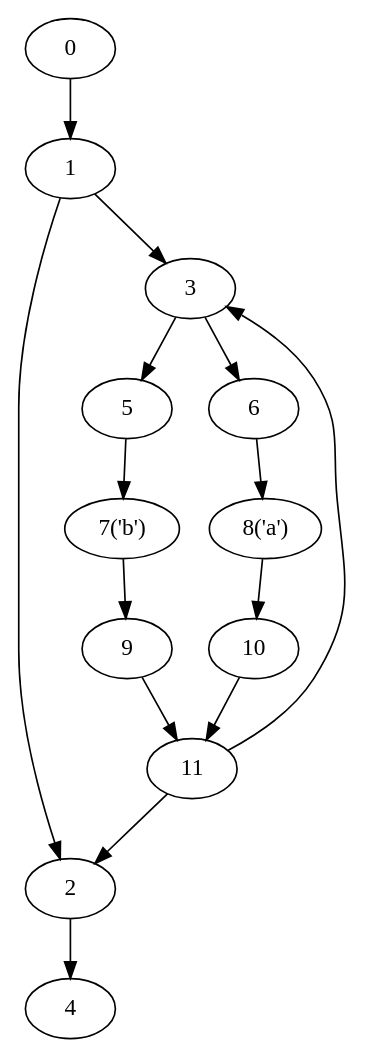
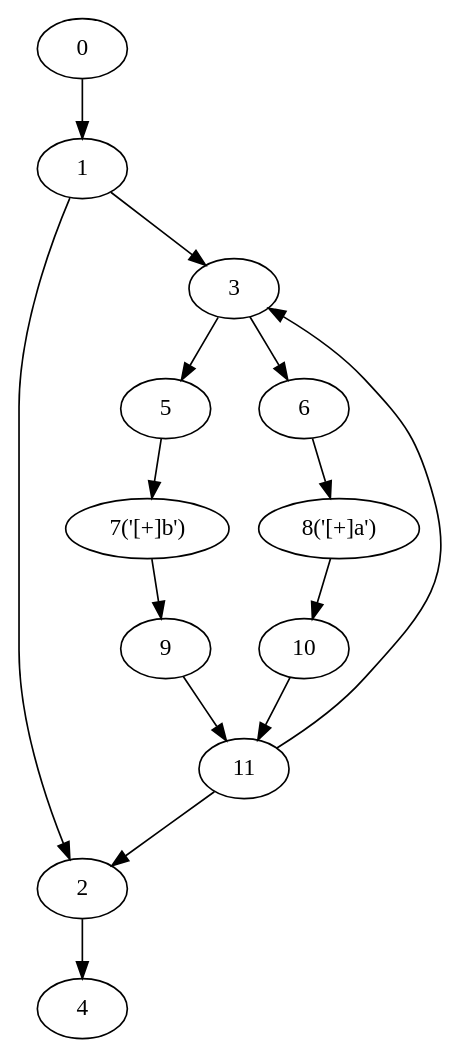
One commit to yyl-20020115/NRegEx changed the diagram in NRegex.Test/Graphs/TestMethod06.dot. Above: the diagram before and after it, drawn with Graphviz. The commit also changed 27 other files, not shown here.

```diff
--- a/NRegex.Test/Graphs/TestMethod06.dot
+++ b/NRegex.Test/Graphs/TestMethod06.dot
@@ -1,28 +1,28 @@
 digraph g {
 	0 ;
 	1 ;
 	2 ;
 	3 ;
 	4 ;
 	5 ;
 	6 ;
-	7 [label="7('b')"];
-	8 [label="8('a')"];
+	7 [label="7('[+]b')"];
+	8 [label="8('[+]a')"];
 	9 ;
 	10 ;
 	11 ;
 	0->1;
 	1->2;
 	11->2;
 	1->3;
 	11->3;
 	2->4;
 	3->5;
 	3->6;
 	5->7;
 	6->8;
 	7->9;
 	8->10;
 	9->11;
 	10->11;
 }
```
